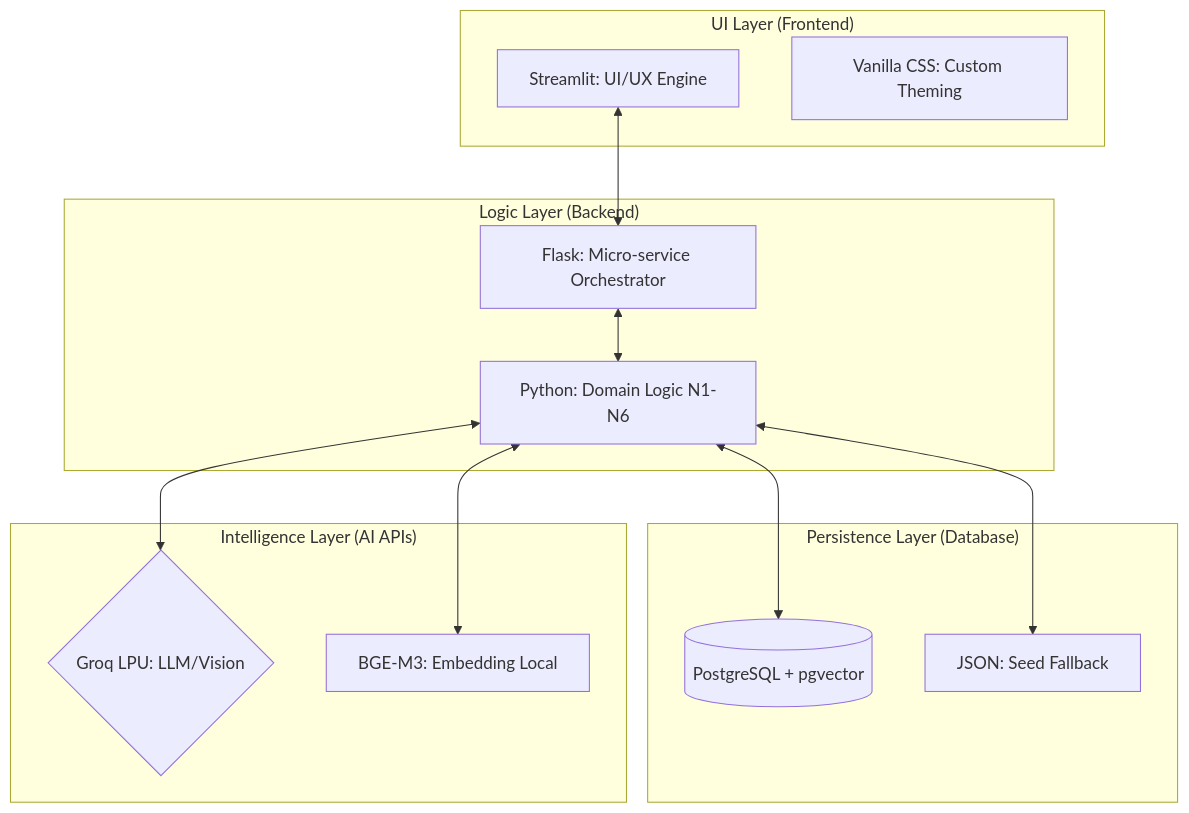
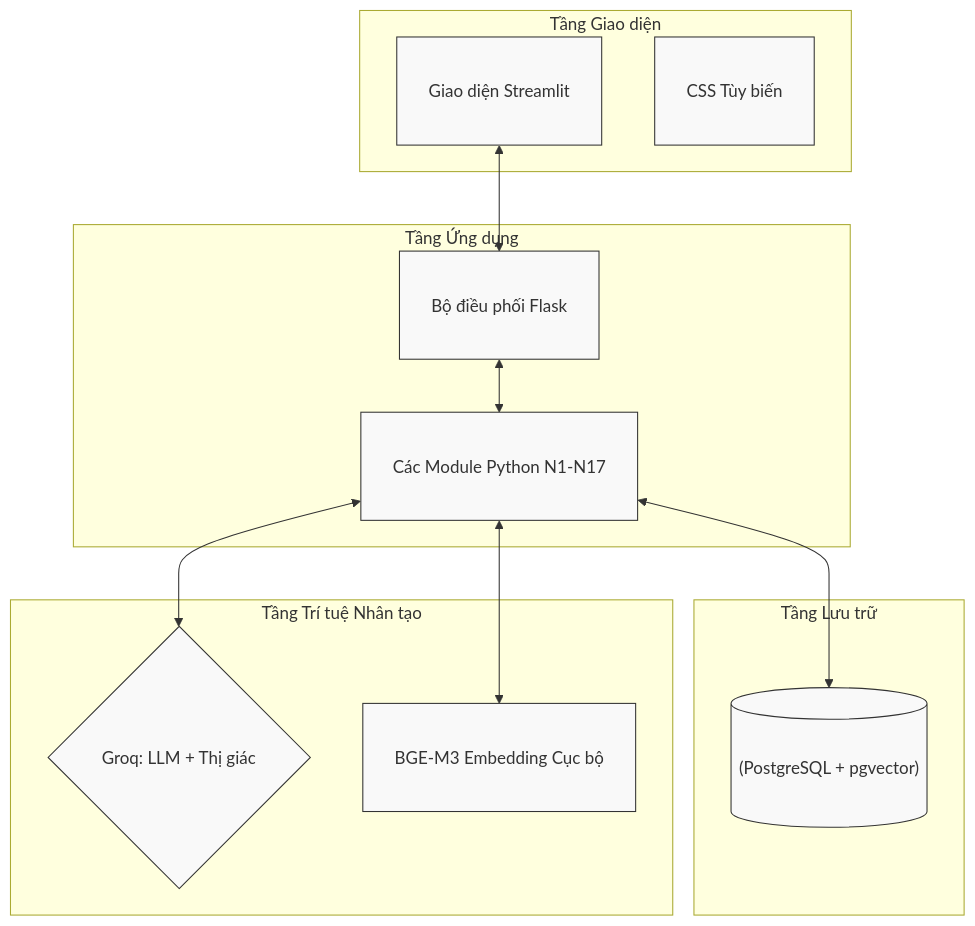
The diagram in docs/project/technology_stack.md (ltk6/travel-exp-planner), drawn with Mermaid before and after one commit. The commit also changed other lines of this file and 87 other files, not shown here.

````diff
--- a/docs/project/technology_stack.md
+++ b/docs/project/technology_stack.md
@@ -12,29 +28,33 @@
 ```mermaid
+---
+config:
+  flowchart:
+    useMaxWidth: false
+---
 graph TD
-    subgraph "UI Layer (Frontend)"
-        N7[Streamlit: UI/UX Engine]
-        CSS[Vanilla CSS: Custom Theming]
+    classDef default fill:#f9f9f9,stroke:#333,stroke-width:1px,padding-left:10px,padding-right:10px,white-space:nowrap;
+    subgraph "Tầng Giao diện"
+        N7["Giao diện Streamlit"]
+        CSS["CSS Tùy biến"]
     end
 
-    subgraph "Logic Layer (Backend)"
-        N8[Flask: Micro-service Orchestrator]
-        N1_N6[Python: Domain Logic N1-N6]
+    subgraph "Tầng Ứng dụng"
+        N8["Bộ điều phối Flask"]
+        CORE["Các Module Python N1-N17"]
     end
 
-    subgraph "Persistence Layer (Database)"
-        N3[(PostgreSQL + pgvector)]
-        JSON[JSON: Seed Fallback]
+    subgraph "Tầng Lưu trữ"
+        N3[("(PostgreSQL + pgvector)")]
     end
 
-    subgraph "Intelligence Layer (AI APIs)"
-        GROQ{Groq LPU: LLM/Vision}
-        BGE[BGE-M3: Embedding Local]
+    subgraph "Tầng Trí tuệ Nhân tạo"
+        GROQ{"Groq: LLM + Thị giác"}
+        BGE["BGE-M3 Embedding Cục bộ"]
     end
 
     N7 <--> N8
-    N8 <--> N1_N6
-    N1_N6 <--> N3
-    N1_N6 <--> JSON
-    N1_N6 <--> GROQ
-    N1_N6 <--> BGE
+    N8 <--> CORE
+    CORE <--> N3
+    CORE <--> GROQ
+    CORE <--> BGE
 ```
````
